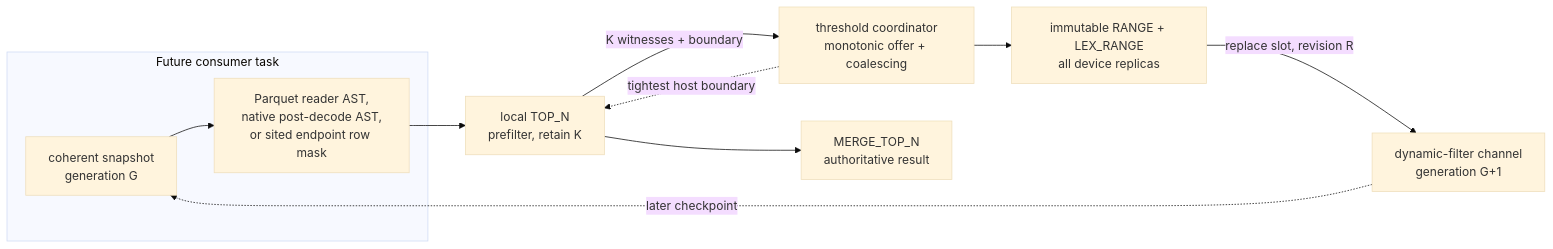
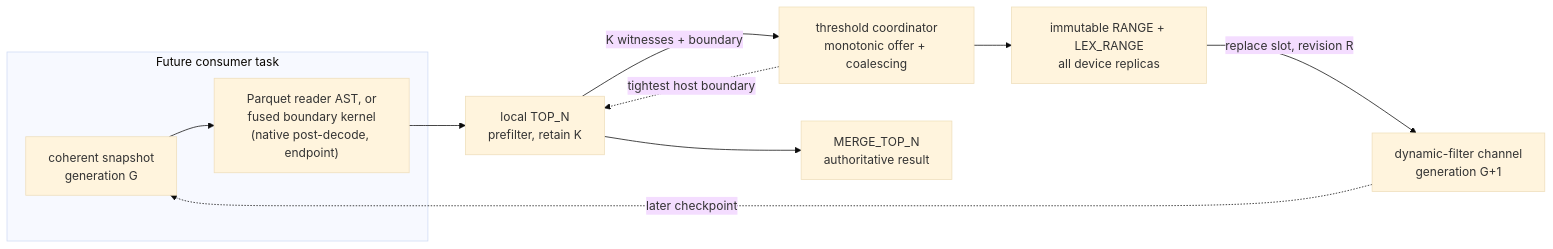
One commit to sirius-db/sirius changed the first of 2 diagrams in docs/super-sirius/dynamic-filters-top-n.md. Above: the diagram before and after it, drawn with Mermaid (base theme). The commit also changed other lines of this file and 1 other file, not shown here.

````diff
--- a/docs/super-sirius/dynamic-filters-top-n.md
+++ b/docs/super-sirius/dynamic-filters-top-n.md
@@ -275,16 +402,16 @@
 ```mermaid
 flowchart LR
     subgraph CONSUMER["Future consumer task"]
         SNAP["coherent snapshot<br/>generation G"]
-        APPLY["Parquet reader AST,<br/>native post-decode AST,<br/>or sited endpoint row mask"]
+        APPLY["Parquet reader AST, or<br/>fused boundary kernel<br/>(native post-decode, endpoint)"]
         SNAP --> APPLY
     end
 
     APPLY --> LOCAL["local TOP_N<br/>prefilter, retain K"]
     LOCAL -->|"K witnesses + boundary"| COORD["threshold coordinator<br/>monotonic offer + coalescing"]
     COORD -. "tightest host boundary" .-> LOCAL
     COORD --> REPLICA["immutable RANGE + LEX_RANGE<br/>all device replicas"]
     REPLICA -->|"replace slot, revision R"| CHANNEL["dynamic-filter channel<br/>generation G+1"]
     CHANNEL -. "later checkpoint" .-> SNAP
     LOCAL --> MERGE["MERGE_TOP_N<br/>authoritative result"]
 ```
````
